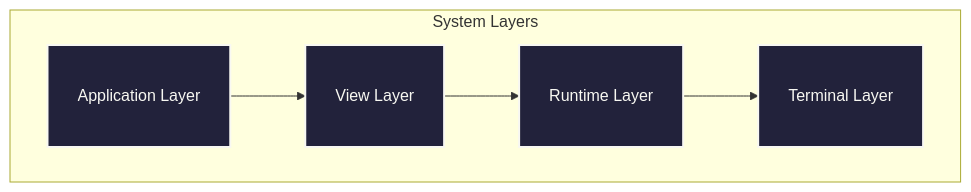
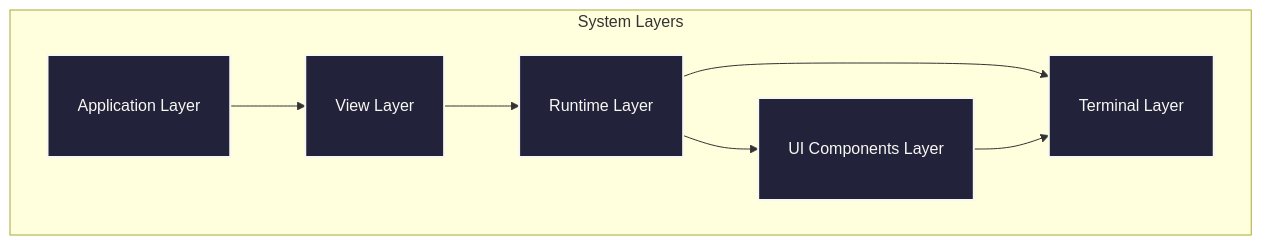
Before and after one commit to Hydepwns/raxol: the first of 9 diagrams in docs/ARCHITECTURE.md, drawn with Mermaid. The commit also changed other lines of this file, not shown here.

First line of the commit message:
docs: update and synchronize root README and architecture documentation

````diff
--- a/docs/ARCHITECTURE.md
+++ b/docs/ARCHITECTURE.md
@@ -16,16 +16,19 @@
 ```mermaid
 graph TB
     subgraph Layers["System Layers"]
         App[Application Layer]
         View[View Layer]
         Runtime[Runtime Layer]
         Terminal[Terminal Layer]
+        UI[UI Components Layer]
     end
 
     App --> View
     View --> Runtime
     Runtime --> Terminal
+    Runtime --> UI
+    UI --> Terminal
 
     classDef layer fill:#22223b,stroke:#f8f8f2,stroke-width:2px,color:#f8f8f2,font-size:16px,padding:8px;
-    class App,View,Runtime,Terminal layer;
+    class App,View,Runtime,Terminal,UI layer;
 ```
````
